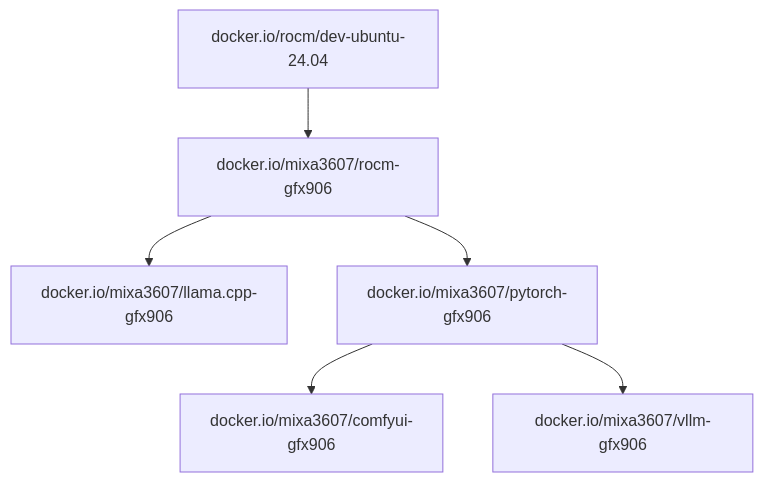
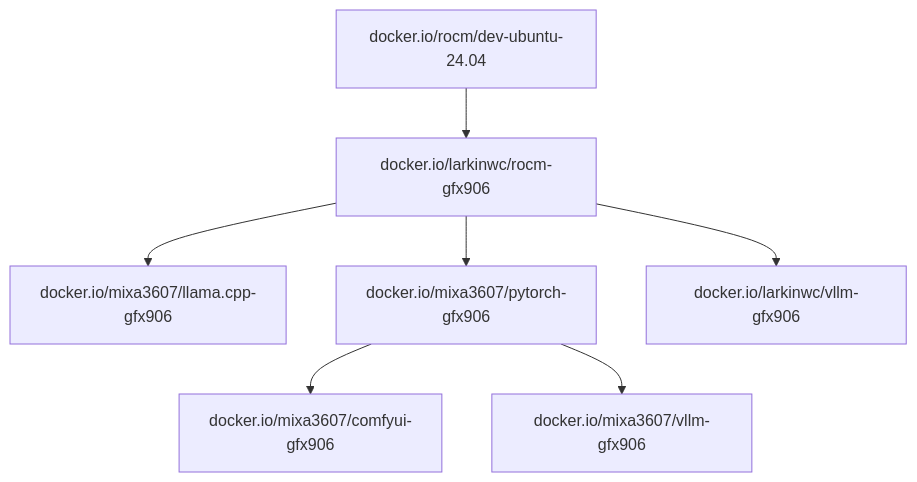
One commit to larkinwc/ML-gfx906 changed the diagram in readme.md. Above: the diagram before and after it, drawn with Mermaid. The commit also changed other lines of this file and 9 other files, not shown here.

First line of the commit message:
Add mobydick vLLM fork docs, GPU Operator deployment, and ROCm presets

````diff
--- a/readme.md
+++ b/readme.md
@@ -40,8 +44,9 @@
 ```mermaid
 flowchart TD
-  rocm-src[docker.io/rocm/dev-ubuntu-24.04] --> rocm[docker.io/mixa3607/rocm-gfx906] 
+  rocm-src[docker.io/rocm/dev-ubuntu-24.04] --> rocm[docker.io/larkinwc/rocm-gfx906] 
   rocm --> llama[docker.io/mixa3607/llama.cpp-gfx906]
   rocm --> torch[docker.io/mixa3607/pytorch-gfx906]
   torch --> comfyui[docker.io/mixa3607/comfyui-gfx906]
   torch --> vllm[docker.io/mixa3607/vllm-gfx906]
+  rocm --> vllm-mobydick[docker.io/larkinwc/vllm-gfx906]
 ```
````
